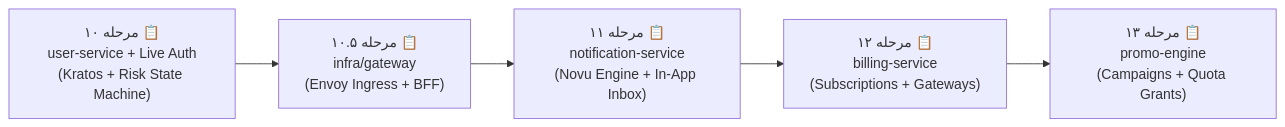
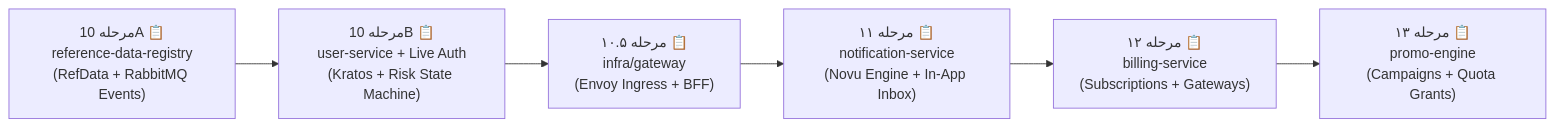
One commit to itstalentnet/dotdive changed the second of 3 diagrams in docs/lemmo/03-backend/roadmap.md. Above: the diagram before and after it, drawn with Mermaid. The commit also changed other lines of this file and 5 other files, not shown here.

Commit message:
docs(architecture): ratify ADR-012 for Reference Data Registry and split Stage 10 into 10A and 10B

````diff
--- a/docs/lemmo/03-backend/roadmap.md
+++ b/docs/lemmo/03-backend/roadmap.md
@@ -103,7 +103,8 @@
 ```mermaid
 flowchart LR
-    S10["مرحله ۱۰ 📋<br>user-service + Live Auth<br>(Kratos + Risk State Machine)"] --> S105["مرحله ۱۰.۵ 📋<br>infra/gateway<br>(Envoy Ingress + BFF)"]
+    S10A["مرحله 10A 📋<br>reference-data-registry<br>(RefData + RabbitMQ Events)"] --> S10B["مرحله 10B 📋<br>user-service + Live Auth<br>(Kratos + Risk State Machine)"]
+    S10B --> S105["مرحله ۱۰.۵ 📋<br>infra/gateway<br>(Envoy Ingress + BFF)"]
     S105 --> S11["مرحله ۱۱ 📋<br>notification-service<br>(Novu Engine + In-App Inbox)"]
     S11 --> S12["مرحله ۱۲ 📋<br>billing-service<br>(Subscriptions + Gateways)"]
     S12 --> S13["مرحله ۱۳ 📋<br>promo-engine<br>(Campaigns + Quota Grants)"]
 ```
````
